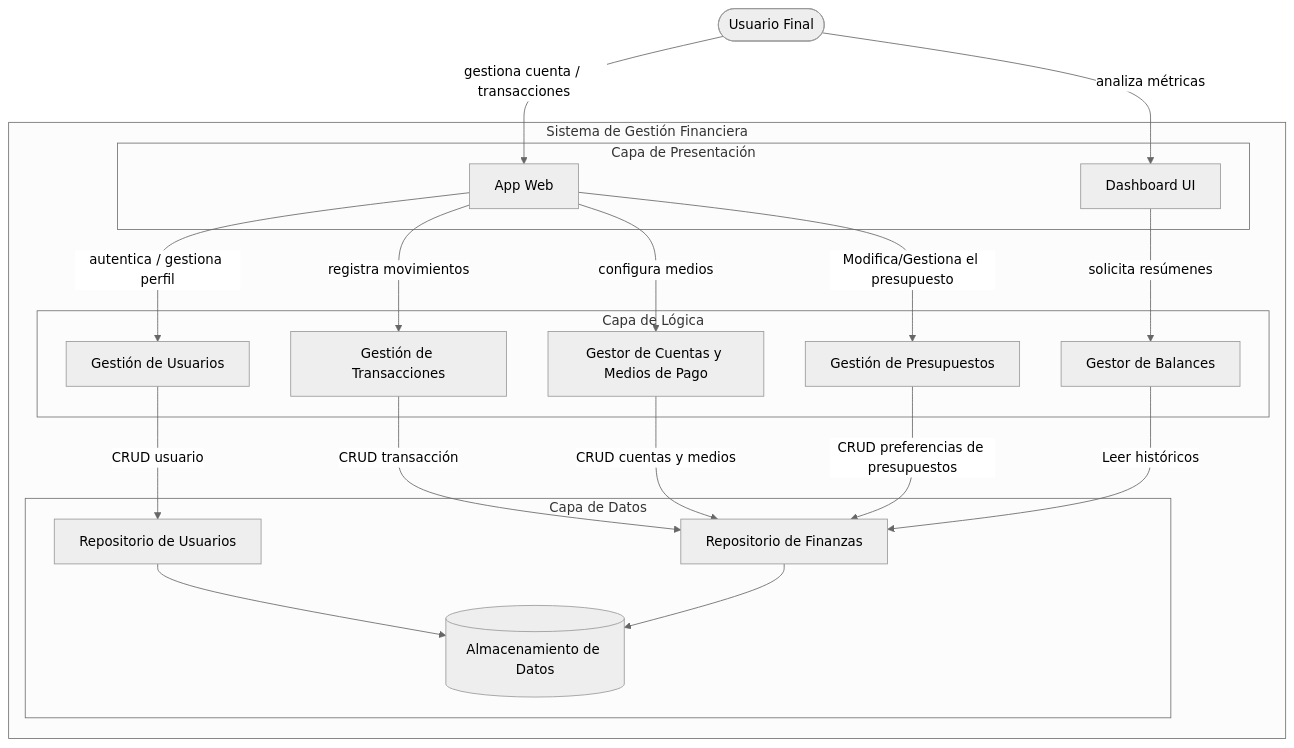
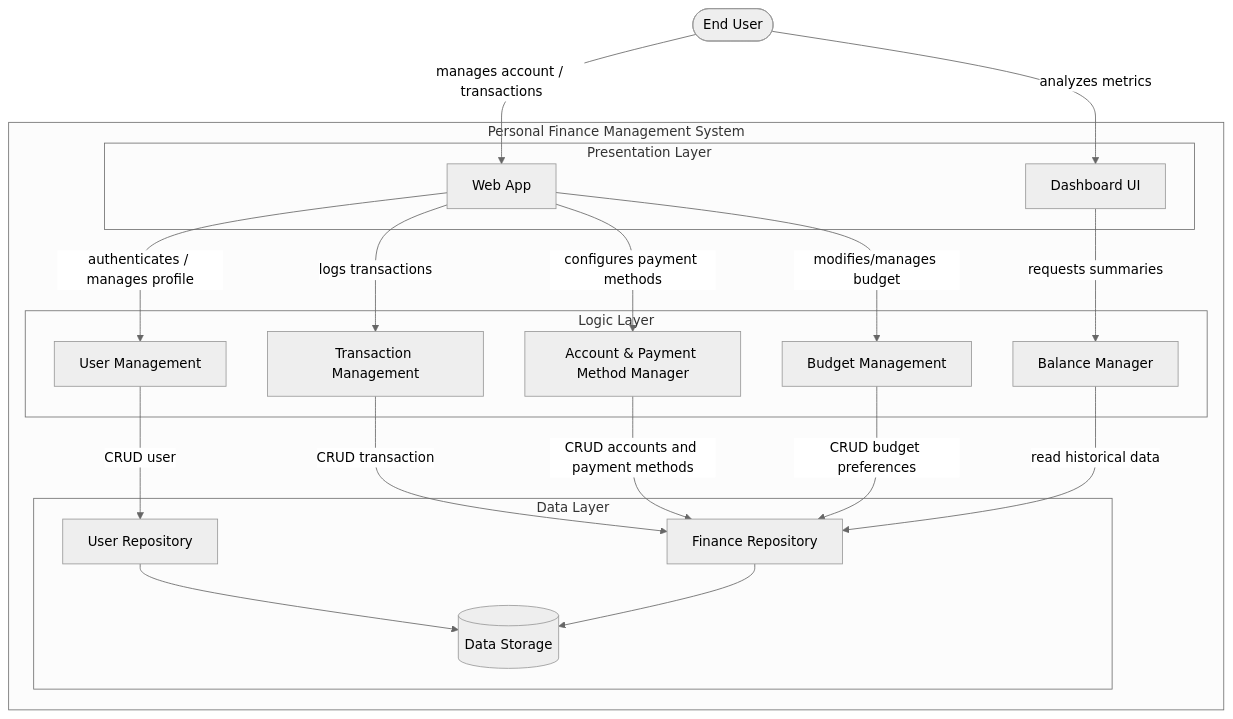
Before and after one commit to JogerUN/UN-budget: the first of 2 diagrams in docs/01_Architectural_and_Detailed_Design.md, drawn with Mermaid (neutral theme). The commit also changed other lines of this file, not shown here.

Commit message:
Architectural design and component diagram

````diff
--- a/docs/01_Architectural_and_Detailed_Design.md
+++ b/docs/01_Architectural_and_Detailed_Design.md
@@ -54,46 +54,46 @@
 ```mermaid
 flowchart TD
-    Usuario([Usuario Final])
+    User([End User])
 
-    subgraph SYS["Sistema de Gestión Financiera"]
+    subgraph SYS["Personal Finance Management System"]
         
-        subgraph CapaPresentacion["Capa de Presentación"]
-            AppWeb["App Web"]
+        subgraph PresentationLayer["Presentation Layer"]
+            WebApp["Web App"]
             DashUI["Dashboard UI"]
         end
 
-        subgraph CapaLogica["Capa de Lógica"]
-            GestUsuarios["Gestión de Usuarios"]
-            GestTransacc["Gestión de Transacciones"]
-            GestCuentas["Gestor de Cuentas y Medios de Pago"]
-            GestPresup["Gestión de Presupuestos"]
-            GestBalances["Gestor de Balances"]
+        subgraph LogicLayer["Logic Layer"]
+            UserMgmt["User Management"]
+            TransactMgmt["Transaction Management"]
+            AccountMgmt["Account & Payment Method Manager"]
+            BudgetMgmt["Budget Management"]
+            BalanceMgmt["Balance Manager"]
         end
 
-        subgraph CapaDatos["Capa de Datos"]
-            RepoUsuarios["Repositorio de Usuarios"]
-            RepoFinanzas["Repositorio de Finanzas"]
-            DB[("Almacenamiento de Datos")]
+        subgraph DataLayer["Data Layer"]
+            UserRepo["User Repository"]
+            FinanceRepo["Finance Repository"]
+            DB[("Data Storage")]
         end
         
     end
 
-    Usuario -->|"gestiona cuenta / transacciones"| AppWeb
-    Usuario -->|"analiza métricas"| DashUI
+    User -->|"manages account / transactions"| WebApp
+    User -->|"analyzes metrics"| DashUI
 
-    AppWeb -->|"autentica / gestiona perfil"| GestUsuarios
-    AppWeb -->|"registra movimientos"| GestTransacc
-    AppWeb -->|"configura medios"| GestCuentas
-    AppWeb -->|"Modifica/Gestiona el presupuesto"| GestPresup
+    WebApp -->|"authenticates / manages profile"| UserMgmt
+    WebApp -->|"logs transactions"| TransactMgmt
+    WebApp -->|"configures payment methods"| AccountMgmt
+    WebApp -->|"modifies/manages budget"| BudgetMgmt
     
-    DashUI -->|"solicita resúmenes"| GestBalances
+    DashUI -->|"requests summaries"| BalanceMgmt
 
-    GestUsuarios -->|"CRUD usuario"| RepoUsuarios
-    GestTransacc -->|"CRUD transacción"| RepoFinanzas
-    GestCuentas -->|"CRUD cuentas y medios"| RepoFinanzas
-    GestPresup -->|"CRUD preferencias de presupuestos"| RepoFinanzas
-    GestBalances -->|"Leer históricos"| RepoFinanzas
+    UserMgmt -->|"CRUD user"| UserRepo
+    TransactMgmt -->|"CRUD transaction"| FinanceRepo
+    AccountMgmt -->|"CRUD accounts and payment methods"| FinanceRepo
+    BudgetMgmt -->|"CRUD budget preferences"| FinanceRepo
+    BalanceMgmt -->|"read historical data"| FinanceRepo
 
-    RepoUsuarios --> DB
-    RepoFinanzas --> DB
+    UserRepo --> DB
+    FinanceRepo --> DB
 ```
````
